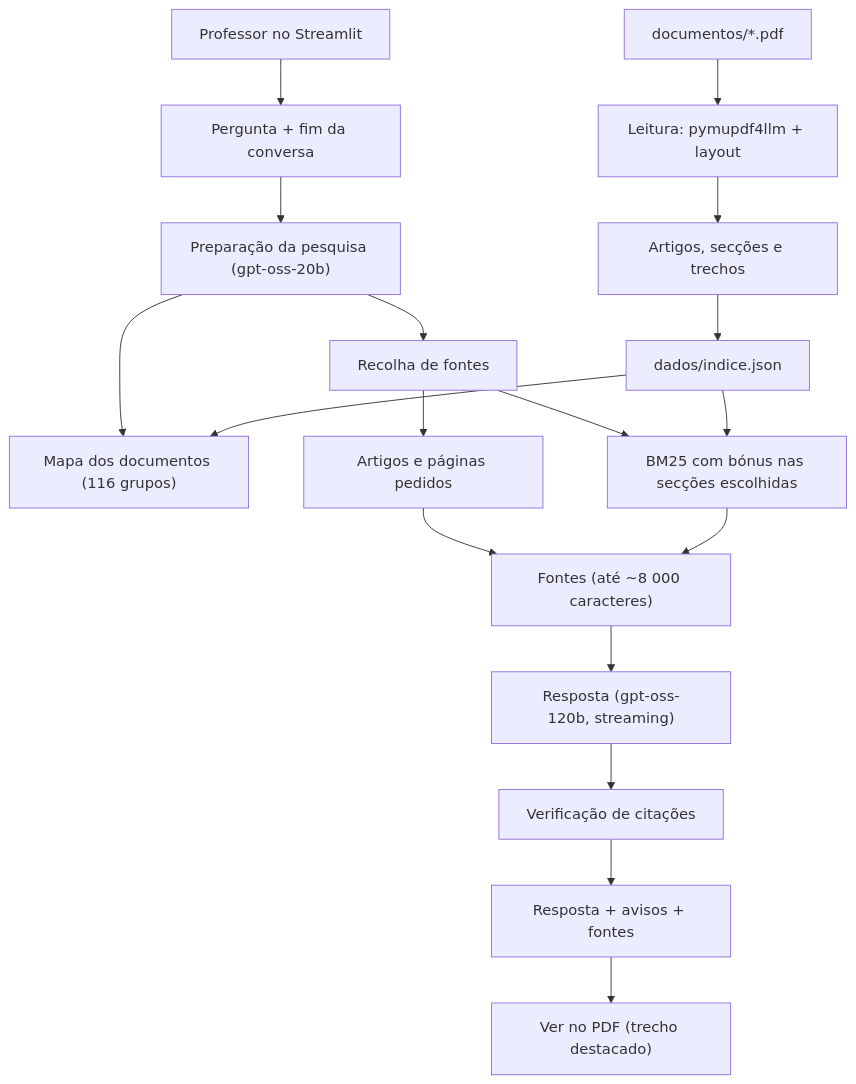
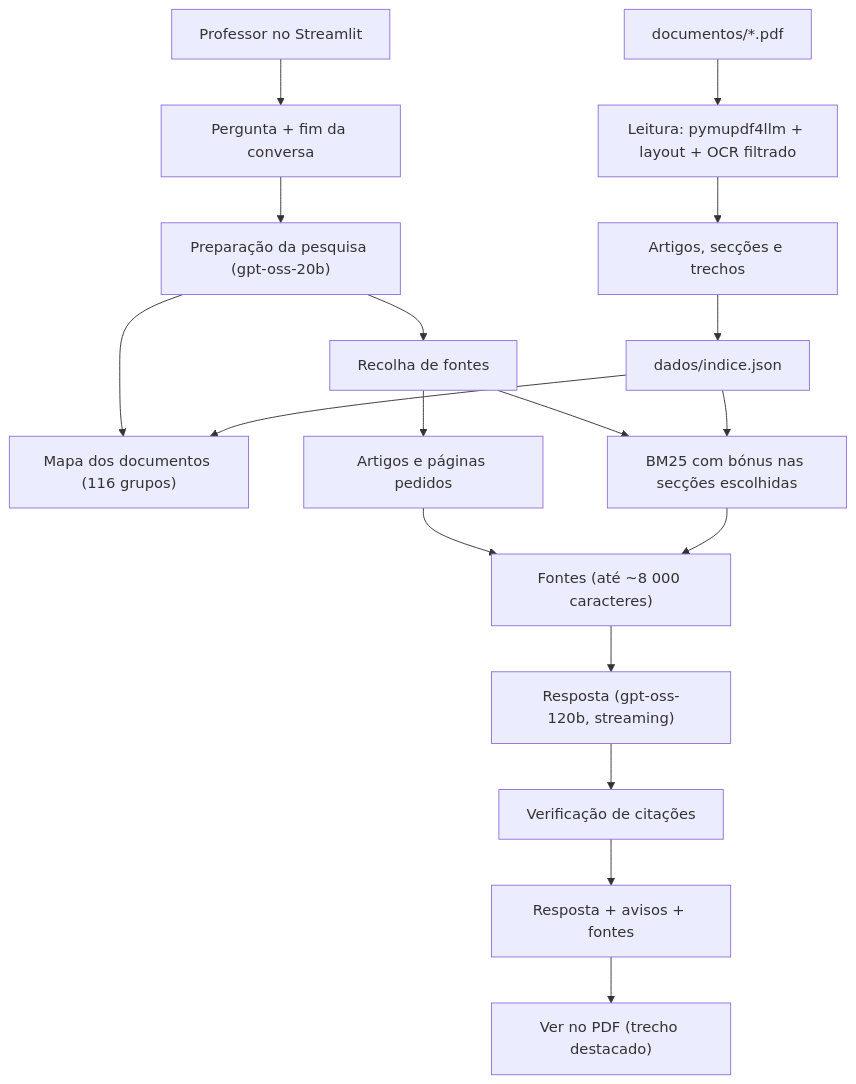
The diagram in README.md (EduhxH/HNCHBOT), drawn with Mermaid before and after one commit. The commit also changed other lines of this file and 10 other files, not shown here.

````diff
--- a/README.md
+++ b/README.md
@@ -463,20 +508,20 @@
 ```mermaid
 flowchart TD
   U["Professor no Streamlit"] --> P["Pergunta + fim da conversa"]
   P --> R["Preparação da pesquisa (gpt-oss-20b)"]
   R --> M["Mapa dos documentos (116 grupos)"]
   R --> F["Recolha de fontes"]
   F --> A["Artigos e páginas pedidos"]
   F --> B["BM25 com bónus nas secções escolhidas"]
   A --> C["Fontes (até ~8 000 caracteres)"]
   B --> C
   C --> G["Resposta (gpt-oss-120b, streaming)"]
   G --> V["Verificação de citações"]
   V --> UI["Resposta + avisos + fontes"]
   UI --> PDF["Ver no PDF (trecho destacado)"]
-  PDFS["documentos/*.pdf"] --> L["Leitura: pymupdf4llm + layout"]
+  PDFS["documentos/*.pdf"] --> L["Leitura: pymupdf4llm + layout + OCR filtrado"]
   L --> E["Artigos, secções e trechos"]
   E --> I["dados/indice.json"]
   I --> B
   I --> M
 ```
````
